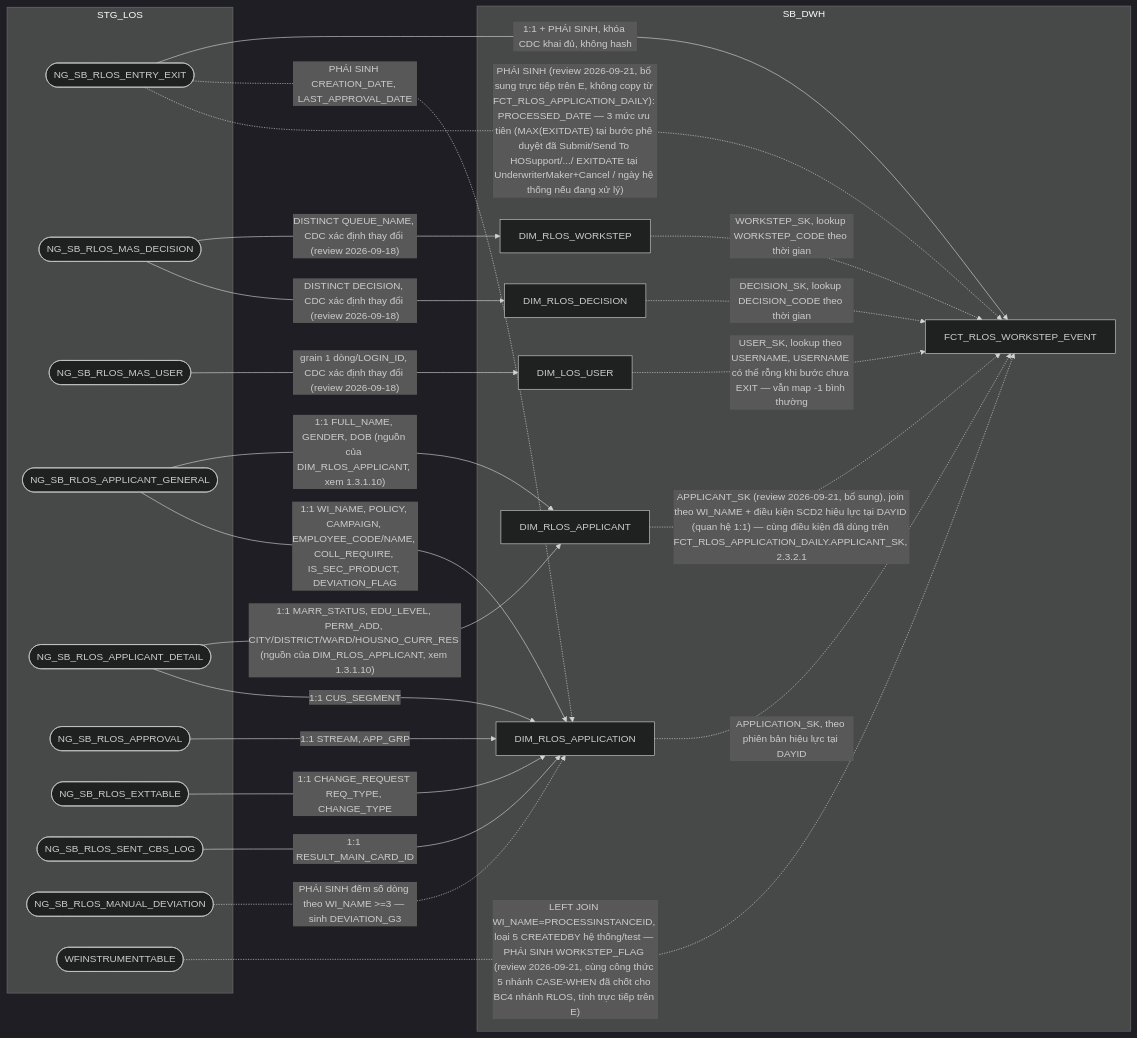
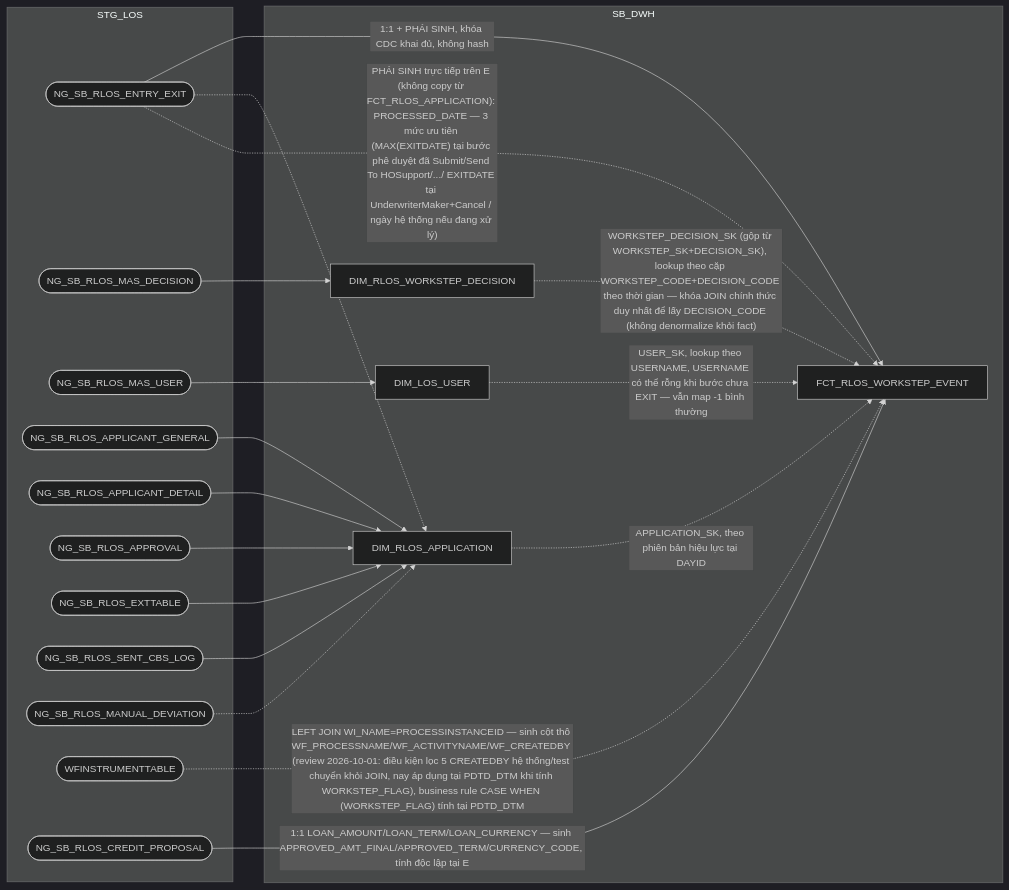
Before and after one commit to chien1198/sb-mapping-gen: diagram 12 of 14 in hld/hld_review/HLD_FCT_SB_DWH_review.md, drawn with Mermaid (dark theme). The commit also changed other lines of this file and 183 other files, not shown here.

````diff
--- a/hld/hld_review/HLD_FCT_SB_DWH_review.md
+++ b/hld/hld_review/HLD_FCT_SB_DWH_review.md
@@ -1066,43 +980,38 @@
 ```mermaid
 flowchart LR
     subgraph STG_LOS
         B(["NG_SB_RLOS_ENTRY_EXIT"])
         MW(["NG_SB_RLOS_MAS_DECISION"])
         U(["NG_SB_RLOS_MAS_USER"])
         P1(["NG_SB_RLOS_APPLICANT_GENERAL"])
         P2(["NG_SB_RLOS_APPLICANT_DETAIL"])
         P3(["NG_SB_RLOS_APPROVAL"])
         P4(["NG_SB_RLOS_EXTTABLE"])
         P5(["NG_SB_RLOS_SENT_CBS_LOG"])
         P7(["NG_SB_RLOS_MANUAL_DEVIATION"])
         WF(["WFINSTRUMENTTABLE"])
+        CR(["NG_SB_RLOS_CREDIT_PROPOSAL"])
     end
     subgraph SB_DWH
-        WS["DIM_RLOS_WORKSTEP"]
-        DC["DIM_RLOS_DECISION"]
+        WD["DIM_RLOS_WORKSTEP_DECISION"]
         US["DIM_LOS_USER"]
         AP["DIM_RLOS_APPLICATION"]
-        AC["DIM_RLOS_APPLICANT"]
         E["FCT_RLOS_WORKSTEP_EVENT"]
     end
     B -->|1:1 + PHÁI SINH, khóa CDC khai đủ, không hash| E
-    WS -.->|WORKSTEP_SK, lookup WORKSTEP_CODE theo thời gian| E
-    DC -.->|DECISION_SK, lookup DECISION_CODE theo thời gian| E
+    WD -.->|"WORKSTEP_DECISION_SK (gộp từ WORKSTEP_SK+DECISION_SK), lookup theo cặp WORKSTEP_CODE+DECISION_CODE theo thời gian — khóa JOIN chính thức duy nhất để lấy DECISION_CODE (không denormalize khỏi fact)"| E
     US -.->|USER_SK, lookup theo USERNAME, USERNAME có thể rỗng khi bước chưa EXIT — vẫn map -1 bình thường| E
     AP -.->|APPLICATION_SK, theo phiên bản hiệu lực tại DAYID| E
-    AC -.->|"APPLICANT_SK (review 2026-09-21, bổ sung), join theo WI_NAME + điều kiện SCD2 hiệu lực tại DAYID (quan hệ 1:1) — cùng điều kiện đã dùng trên FCT_RLOS_APPLICATION_DAILY.APPLICANT_SK, 2.3.2.1"| E
-    MW -->|"DISTINCT QUEUE_NAME, CDC xác định thay đổi (review 2026-09-18)"| WS
-    MW -->|"DISTINCT DECISION, CDC xác định thay đổi (review 2026-09-18)"| DC
-    U -->|"grain 1 dòng/LOGIN_ID, CDC xác định thay đổi (review 2026-09-18)"| US
-    P1 -->|"1:1 FULL_NAME, GENDER, DOB (nguồn của DIM_RLOS_APPLICANT, xem 1.3.1.10)"| AC
-    P2 -->|"1:1 MARR_STATUS, EDU_LEVEL, PERM_ADD, CITY/DISTRICT/WARD/HOUSNO_CURR_RES (nguồn của DIM_RLOS_APPLICANT, xem 1.3.1.10)"| AC
-    P1 -->|1:1 WI_NAME, POLICY, CAMPAIGN, EMPLOYEE_CODE/NAME, COLL_REQUIRE, IS_SEC_PRODUCT, DEVIATION_FLAG| AP
-    P2 -->|1:1 CUS_SEGMENT| AP
-    P3 -->|1:1 STREAM, APP_GRP| AP
-    P4 -->|1:1 CHANGE_REQUEST REQ_TYPE, CHANGE_TYPE| AP
-    P5 -->|1:1 RESULT_MAIN_CARD_ID| AP
-    B -.->|PHÁI SINH CREATION_DATE, LAST_APPROVAL_DATE| AP
-    P7 -.->|"PHÁI SINH đếm số dòng theo WI_NAME >=3 — sinh DEVIATION_G3"| AP
-    B -.->|"PHÁI SINH (review 2026-09-21, bổ sung trực tiếp trên E, không copy từ FCT_RLOS_APPLICATION_DAILY): PROCESSED_DATE — 3 mức ưu tiên (MAX(EXITDATE) tại bước phê duyệt đã Submit/Send To HOSupport/.../ EXITDATE tại UnderwriterMaker+Cancel / ngày hệ thống nếu đang xử lý)"| E
-    WF -.->|"LEFT JOIN WI_NAME=PROCESSINSTANCEID, loại 5 CREATEDBY hệ thống/test — PHÁI SINH WORKSTEP_FLAG (review 2026-09-21, cùng công thức 5 nhánh CASE-WHEN đã chốt cho BC4 nhánh RLOS, tính trực tiếp trên E)"| E
+    MW --> WD
+    U --> US
+    P1 --> AP
+    P2 --> AP
+    P3 --> AP
+    P4 --> AP
+    P5 --> AP
+    B -.-> AP
+    P7 -.-> AP
+    B -.->|"PHÁI SINH trực tiếp trên E (không copy từ FCT_RLOS_APPLICATION): PROCESSED_DATE — 3 mức ưu tiên (MAX(EXITDATE) tại bước phê duyệt đã Submit/Send To HOSupport/.../ EXITDATE tại UnderwriterMaker+Cancel / ngày hệ thống nếu đang xử lý)"| E
+    WF -.->|"LEFT JOIN WI_NAME=PROCESSINSTANCEID — sinh cột thô WF_PROCESSNAME/WF_ACTIVITYNAME/WF_CREATEDBY (review 2026-10-01: điều kiện lọc 5 CREATEDBY hệ thống/test chuyển khỏi JOIN, nay áp dụng tại PDTD_DTM khi tính WORKSTEP_FLAG), business rule CASE WHEN (WORKSTEP_FLAG) tính tại PDTD_DTM"| E
+    CR -->|"1:1 LOAN_AMOUNT/LOAN_TERM/LOAN_CURRENCY — sinh APPROVED_AMT_FINAL/APPROVED_TERM/CURRENCY_CODE, tính độc lập tại E"| E
 ```
````
